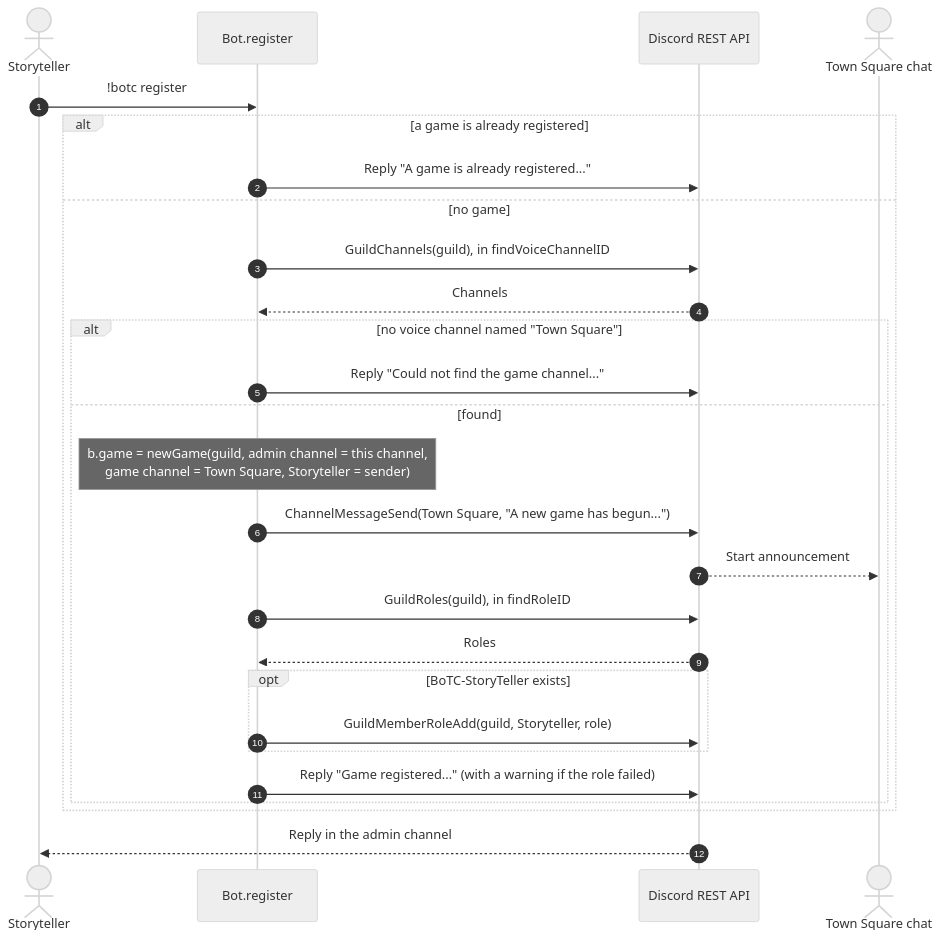
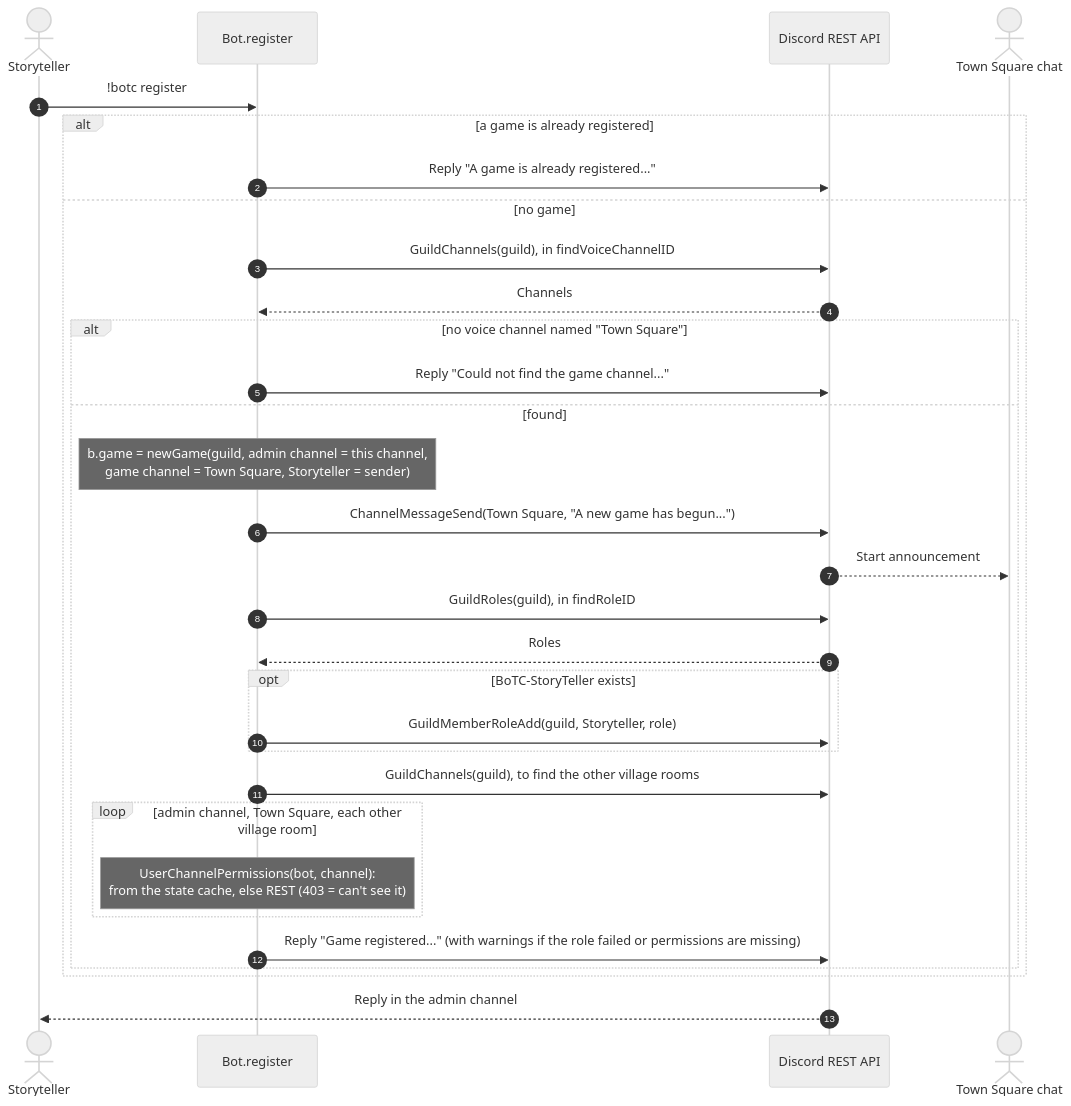
One commit to RAGNOARAKNOS/BotOnTheClocktower changed the second of 6 diagrams in docs/uml/game-lifecycle.md. Above: the diagram before and after it, drawn with Mermaid (neutral theme). The commit also changed other lines of this file and 8 other files, not shown here.

First line of the commit message:
Add channel permission checks and warnings for bot commands

````diff
--- a/docs/uml/game-lifecycle.md
+++ b/docs/uml/game-lifecycle.md
@@ -37,30 +41,34 @@
 ```mermaid
 sequenceDiagram
     autonumber
     actor ST as Storyteller
     participant Bot as Bot.register
     participant REST as Discord REST API
     actor Town as Town Square chat
 
     ST->>Bot: !botc register
     alt a game is already registered
         Bot->>REST: Reply "A game is already registered..."
     else no game
         Bot->>REST: GuildChannels(guild), in findVoiceChannelID
         REST-->>Bot: Channels
         alt no voice channel named "Town Square"
             Bot->>REST: Reply "Could not find the game channel..."
         else found
             Note over Bot: b.game = newGame(guild, admin channel = this channel,<br/>game channel = Town Square, Storyteller = sender)
             Bot->>REST: ChannelMessageSend(Town Square, "A new game has begun...")
             REST-->>Town: Start announcement
             Bot->>REST: GuildRoles(guild), in findRoleID
             REST-->>Bot: Roles
             opt BoTC-StoryTeller exists
                 Bot->>REST: GuildMemberRoleAdd(guild, Storyteller, role)
             end
-            Bot->>REST: Reply "Game registered..." (with a warning if the role failed)
+            Bot->>REST: GuildChannels(guild), to find the other village rooms
+            loop admin channel, Town Square, each other village room
+                Note over Bot: UserChannelPermissions(bot, channel):<br/>from the state cache, else REST (403 = can't see it)
+            end
+            Bot->>REST: Reply "Game registered..." (with warnings if the role failed or permissions are missing)
         end
     end
     REST-->>ST: Reply in the admin channel
 ```
````
